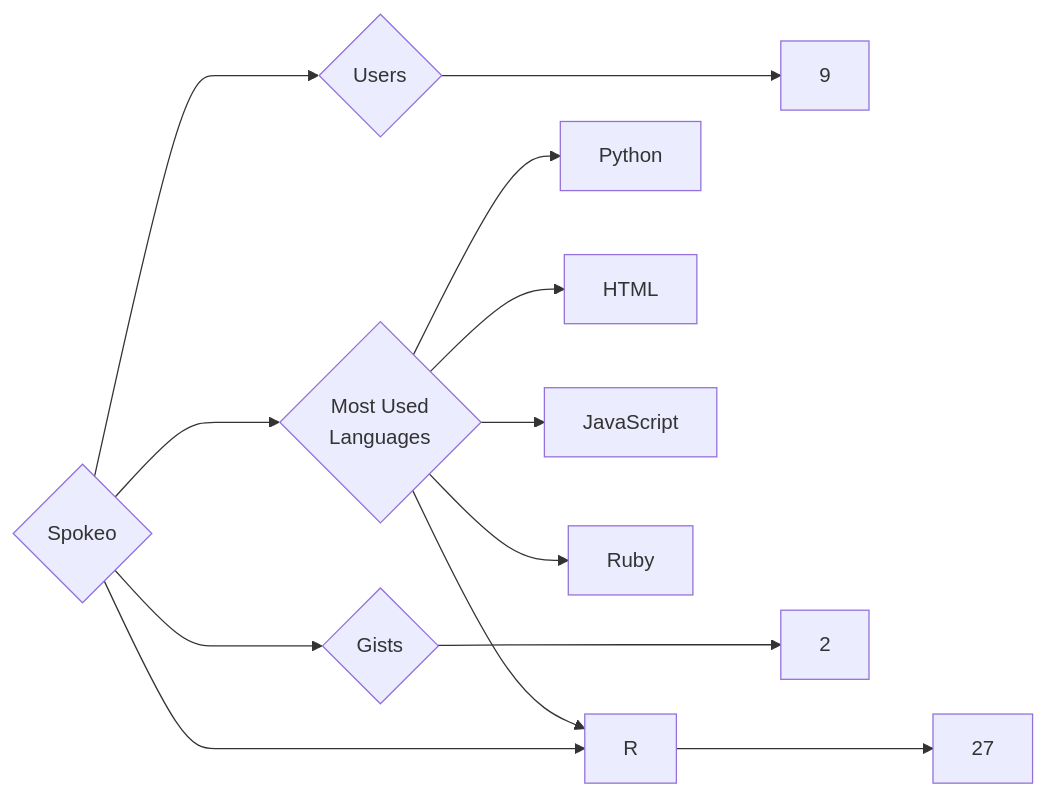
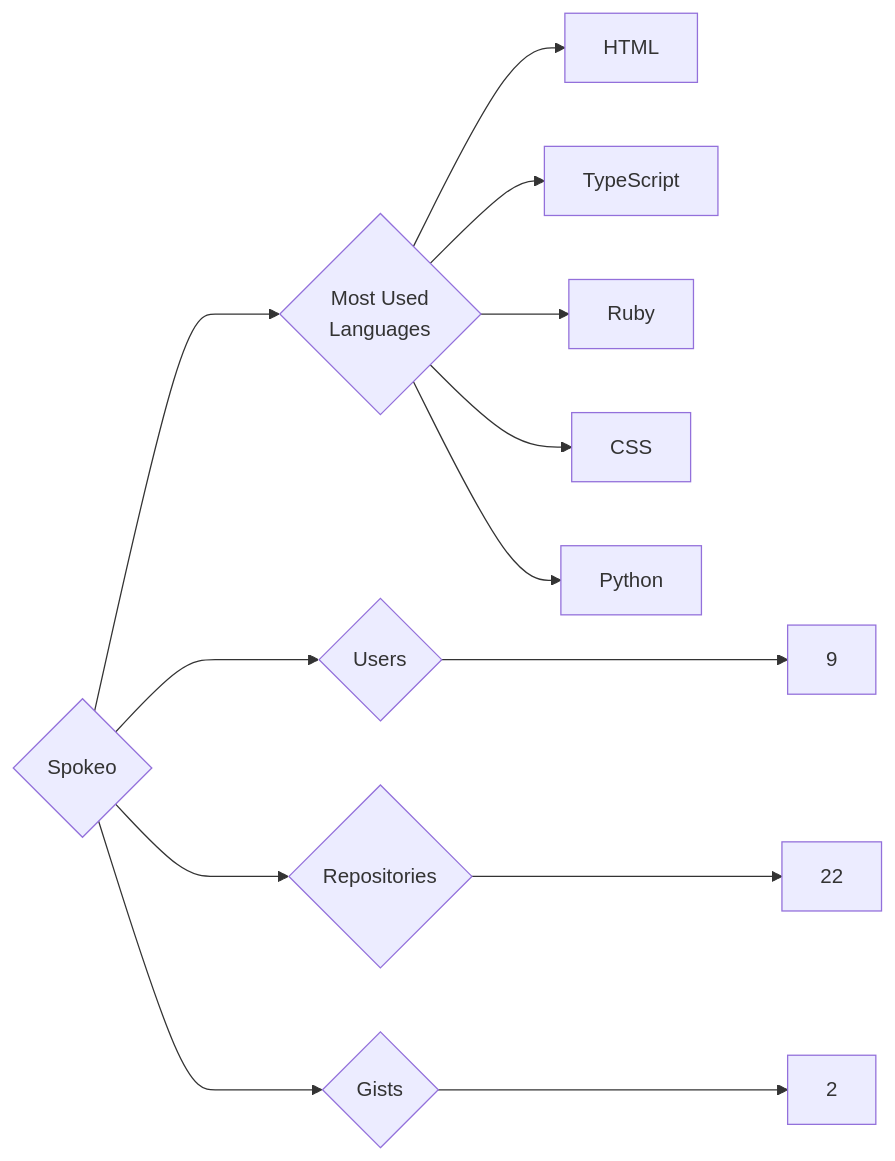
The diagram in targets/Spokeo/README.md (trickest/insiders), drawn with Mermaid before and after one commit. The commit also changed 1011 other files, not shown here.

````diff
--- a/targets/Spokeo/README.md
+++ b/targets/Spokeo/README.md
@@ -3,13 +3,13 @@
 ```mermaid
 graph LR
 COMPANY_NAME{Spokeo}
 COMPANY_NAME ---> U{Users} ---> UN[9]
-COMPANY_NAME ---> R{Repositories} ---> RN[27]
+COMPANY_NAME ---> R{Repositories} ---> RN[22]
 COMPANY_NAME ---> G{Gists} ---> GN[2]
 COMPANY_NAME ---> ML{Most Used<br>Languages}
+ML --> HTML[HTML]
+ML --> TypeScript[TypeScript]
+ML --> Ruby[Ruby]
+ML --> CSS[CSS]
 ML --> Python[Python]
-ML --> HTML[HTML]
-ML --> JavaScript[JavaScript]
-ML --> Ruby[Ruby]
-ML --> R[R]
 ```
````
